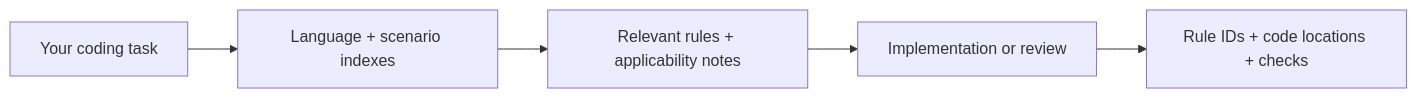
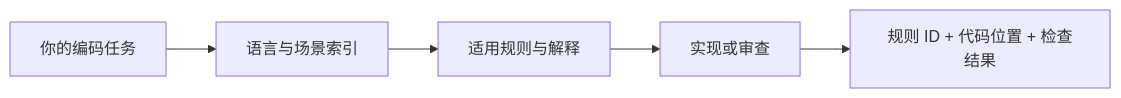
Before and after one commit to yuhengqin/secure-coding-skill: the diagram in README.md, drawn with Mermaid. The commit also changed other lines of this file and 9 other files, not shown here.

````diff
--- a/README.md
+++ b/README.md
@@ -145,7 +231,7 @@
 ```mermaid
 flowchart LR
-    A["Your coding task"] --> B["Language + scenario indexes"]
-    B --> C["Relevant rules + applicability notes"]
-    C --> D["Implementation or review"]
-    D --> E["Rule IDs + code locations + checks"]
+    A["你的编码任务"] --> B["语言与场景索引"]
+    B --> C["适用规则与解释"]
+    C --> D["实现或审查"]
+    D --> E["规则 ID + 代码位置 + 检查结果"]
 ```
````
